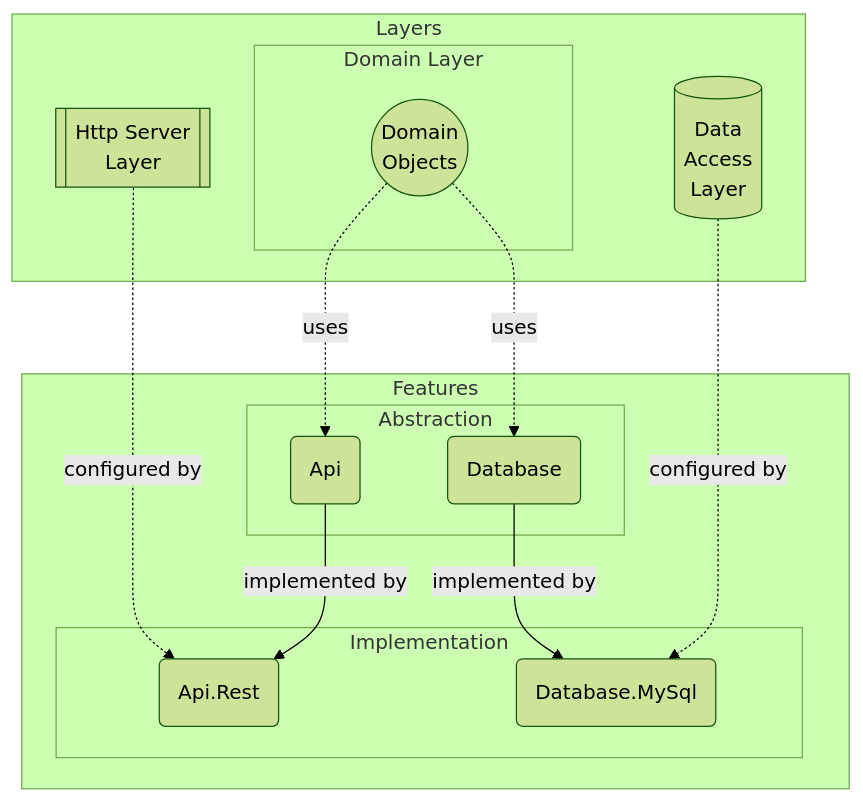
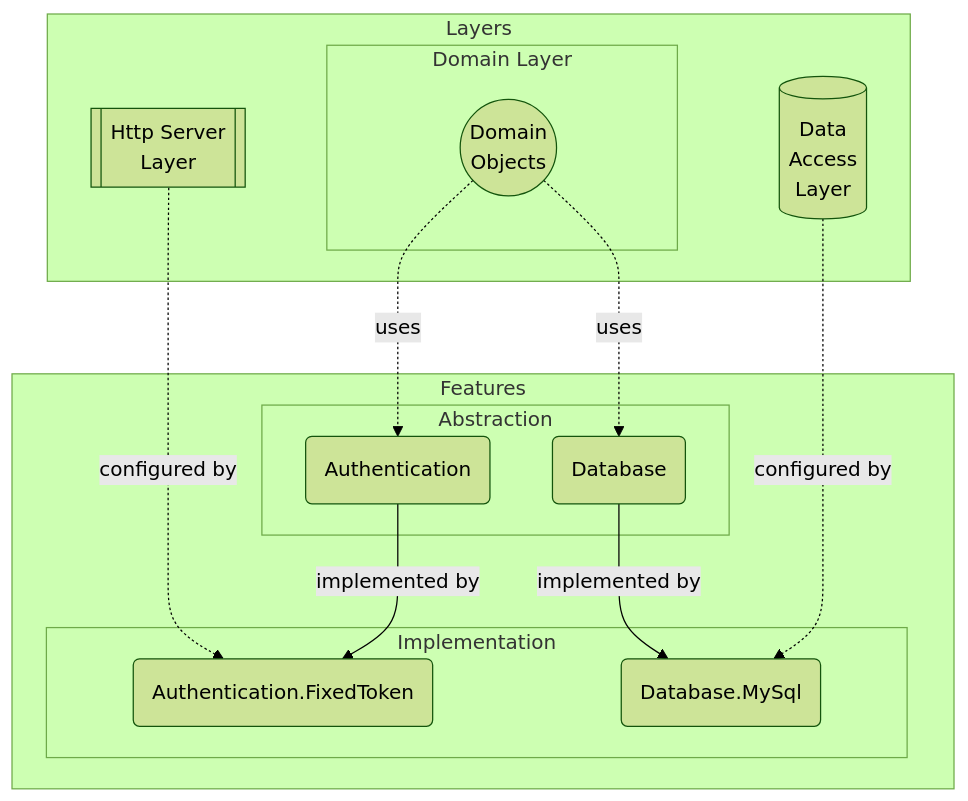
The fourth of 4 diagrams in docs/architecture/README.md (mouseless/baked), drawn with Mermaid (forest theme) before and after one commit. The commit also changed other lines of this file and 1 other file, not shown here.

Commit message:
edit architecture implementation diagram
- remove layers from application forge sample code

````diff
--- a/docs/architecture/README.md
+++ b/docs/architecture/README.md
@@ -132,29 +132,29 @@
 ```mermaid
 flowchart TB
   subgraph Layers
     HS[[Http Server\nLayer]]
     subgraph DL[Domain Layer]
       D((Domain\nObjects))
     end
     DA[(Data\nAccess\nLayer)]
   end
 
   subgraph Features
     subgraph Abstraction
-      A(Api)
+      A(Authentication)
       Db(Database)
     end
 
     subgraph Implementation
-      AR(Api.Rest)
+      AF(Authentication.FixedToken)
       DbM(Database.MySql)
     end
   end
 
-  HS -.configured by.-> AR
-  A --implemented by--> AR
+  HS -.configured by.-> AF
+  A --implemented by--> AF
   D -.uses.-> A
   D -.uses.-> Db
   Db --implemented by--> DbM
   DA -.configured by.-> DbM
 ```
````
